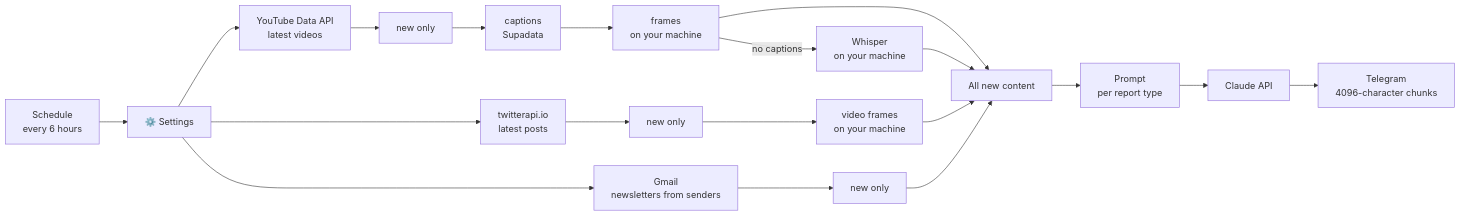
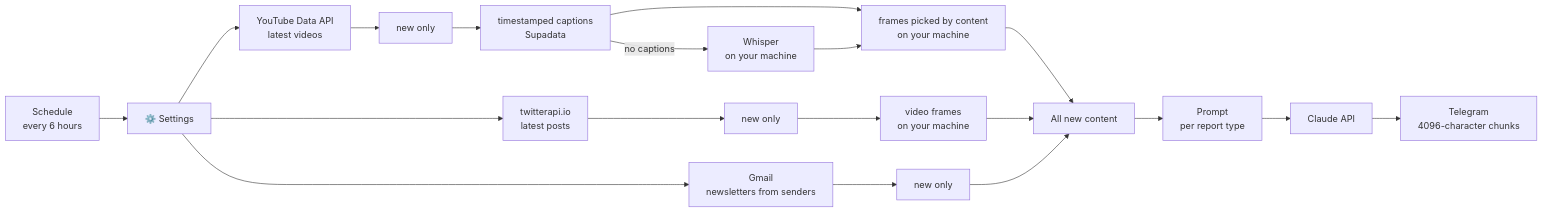
The diagram in README.md (Jhanee01/n8n-content-digest), drawn with Mermaid before and after one commit. The commit also changed other lines of this file and 6 other files, not shown here.

First line of the commit message:
Pick video frames by content, from the timestamped transcript

````diff
--- a/README.md
+++ b/README.md
@@ -28,16 +28,17 @@
 ```mermaid
 flowchart LR
     T[Schedule<br/>every 6 hours] --> C[⚙️ Settings]
     C --> YT[YouTube Data API<br/>latest videos]
     C --> X[twitterapi.io<br/>latest posts]
     C --> M[Gmail<br/>newsletters from senders]
-    YT --> D1[new only] --> S[captions<br/>Supadata] --> F1[frames<br/>on your machine]
-    F1 -->|no captions| W[Whisper<br/>on your machine]
+    YT --> D1[new only] --> S[timestamped captions<br/>Supadata]
+    S -->|no captions| W[Whisper<br/>on your machine]
+    S --> F1[frames picked by content<br/>on your machine]
+    W --> F1
     X --> D2[new only] --> F2[video frames<br/>on your machine]
     M --> D3[new only]
     F1 --> MG[All new content]
-    W --> MG
     F2 --> MG
     D3 --> MG
     MG --> P[Prompt<br/>per report type] --> AI[Claude API] --> TG[Telegram<br/>4096-character chunks]
 ```
````
